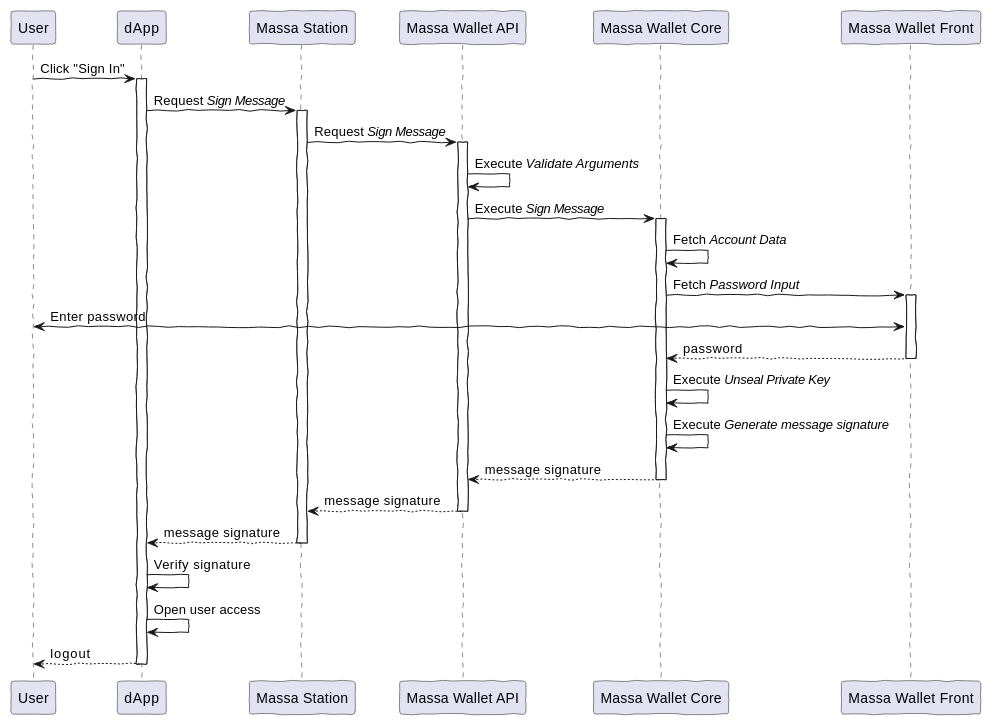
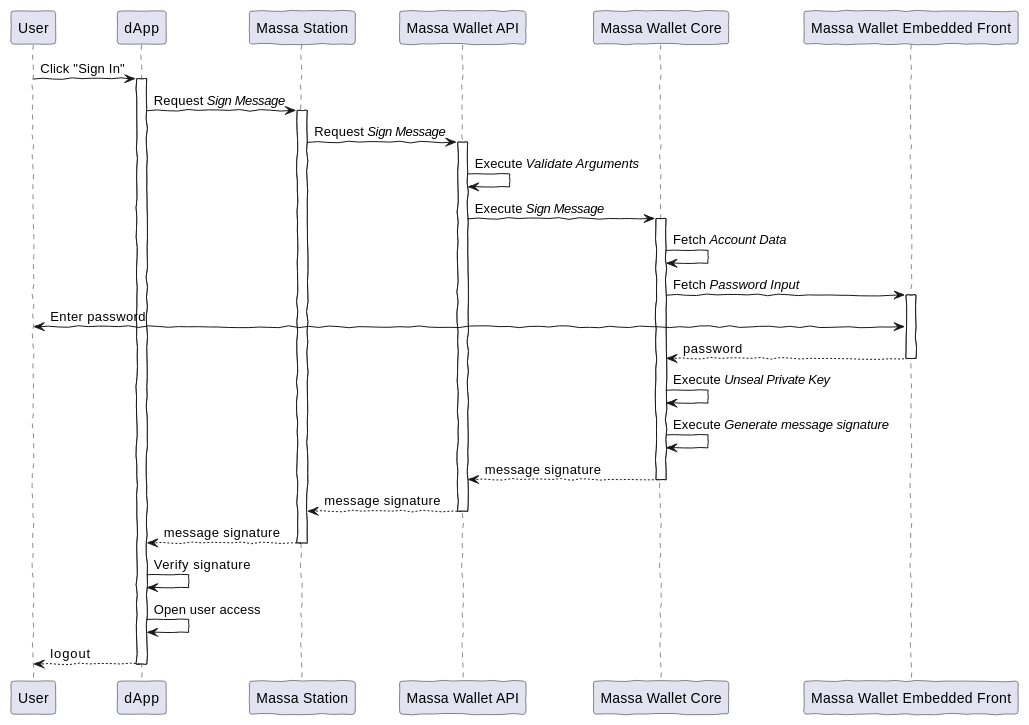
Before and after one commit to massalabs/station-massa-wallet: the third of 4 diagrams in documentation/wallet.adoc, drawn with PlantUML. The commit also changed other lines of this file, not shown here.

```diff
--- a/documentation/wallet.adoc
+++ b/documentation/wallet.adoc
@@ -251,31 +247,31 @@
 [plantuml, format="svg", id="sign-message", width="100%", role="center-image", options="interactive"]
 ----
 @startuml
 skinparam handwritten true
 
 participant "User" as user
 participant "dApp" as dapp
 participant "Massa Station" as station
 participant "Massa Wallet API" as wallet_api
 participant "Massa Wallet Core" as wallet_core
-participant "Massa Wallet Front" as wallet_front
+participant "Massa Wallet Embedded Front" as wallet_embedded_front
 
 user -> dapp ++ : Click "Sign In"
     dapp -> station ++: Request //Sign Message//
         station -> wallet_api ++: Request //Sign Message//
         wallet_api -> wallet_api: Execute //Validate Arguments//
             wallet_api -> wallet_core ++: Execute //Sign Message//
             wallet_core -> wallet_core: Fetch //Account Data//
-                wallet_core -> wallet_front ++: Fetch //Password Input//
-                wallet_front <-> user: Enter password
+                wallet_core -> wallet_embedded_front ++: Fetch //Password Input//
+                wallet_embedded_front <-> user: Enter password
                 return password
             wallet_core -> wallet_core: Execute //Unseal Private Key//
             wallet_core -> wallet_core: Execute //Generate message signature//
             return message signature
         return message signature
     return message signature
 dapp -> dapp: Verify signature
 dapp -> dapp: Open user access
 return logout
 @enduml
 ----
```
